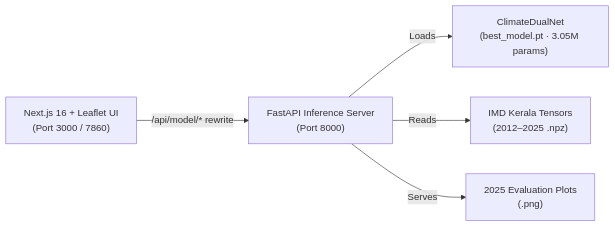
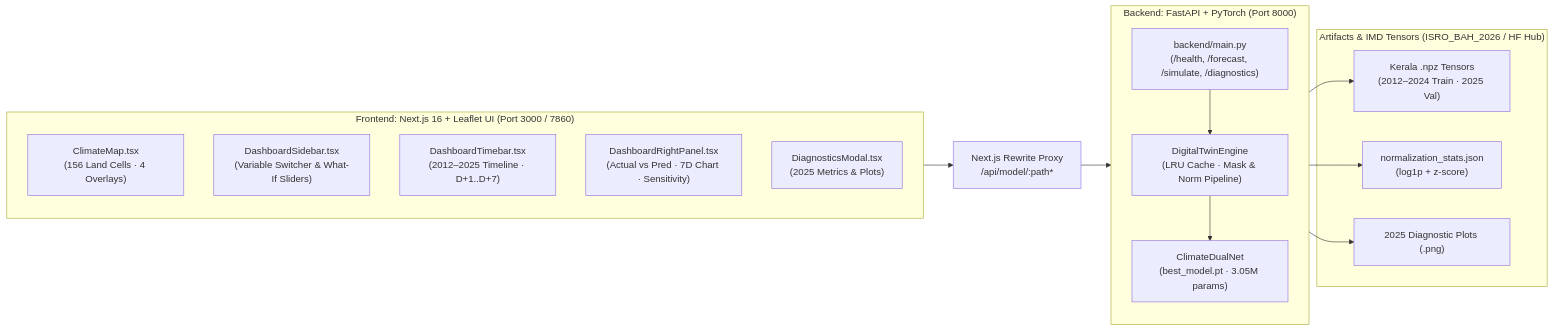
The first of 4 diagrams in README.md (aditya-raj9125/digital-twin-ui), drawn with Mermaid before and after one commit. The commit also changed other lines of this file, not shown here.

Commit message:
docs(readme): add Mermaid architecture diagrams and full technical reference

````diff
--- a/README.md
+++ b/README.md
@@ -50,7 +41,32 @@
 ```mermaid
-graph LR
-    UI["Next.js 16 + Leaflet UI<br/>(Port 3000 / 7860)"] -->|/api/model/* rewrite| API["FastAPI Inference Server<br/>(Port 8000)"]
-    API -->|Loads| CKPT["ClimateDualNet<br/>(best_model.pt · 3.05M params)"]
-    API -->|Reads| NPZ["IMD Kerala Tensors<br/>(2012–2025 .npz)"]
-    API -->|Serves| PLOTS["2025 Evaluation Plots<br/>(.png)"]
+flowchart LR
+    subgraph Client["Frontend: Next.js 16 + Leaflet UI (Port 3000 / 7860)"]
+        direction TB
+        Map["ClimateMap.tsx<br/>(156 Land Cells · 4 Overlays)"]
+        Sidebar["DashboardSidebar.tsx<br/>(Variable Switcher & What-If Sliders)"]
+        Timebar["DashboardTimebar.tsx<br/>(2012–2025 Timeline · D+1..D+7)"]
+        Right["DashboardRightPanel.tsx<br/>(Actual vs Pred · 7D Chart · Sensitivity)"]
+        Modal["DiagnosticsModal.tsx<br/>(2025 Metrics & Plots)"]
+    end
+
+    Proxy["Next.js Rewrite Proxy<br/>/api/model/:path*"]
+
+    subgraph Backend["Backend: FastAPI + PyTorch (Port 8000)"]
+        direction TB
+        API["backend/main.py<br/>(/health, /forecast, /simulate, /diagnostics)"]
+        Engine["DigitalTwinEngine<br/>(LRU Cache · Mask & Norm Pipeline)"]
+        Model["ClimateDualNet<br/>(best_model.pt · 3.05M params)"]
+    end
+
+    subgraph Data["Artifacts & IMD Tensors (ISRO_BAH_2026 / HF Hub)"]
+        NPZ["Kerala .npz Tensors<br/>(2012–2024 Train · 2025 Val)"]
+        Stats["normalization_stats.json<br/>(log1p + z-score)"]
+        Plots["2025 Diagnostic Plots (.png)"]
+    end
+
+    Client --> Proxy --> API
+    API --> Engine --> Model
+    Engine --> NPZ
+    Engine --> Stats
+    API --> Plots
 ```
````
